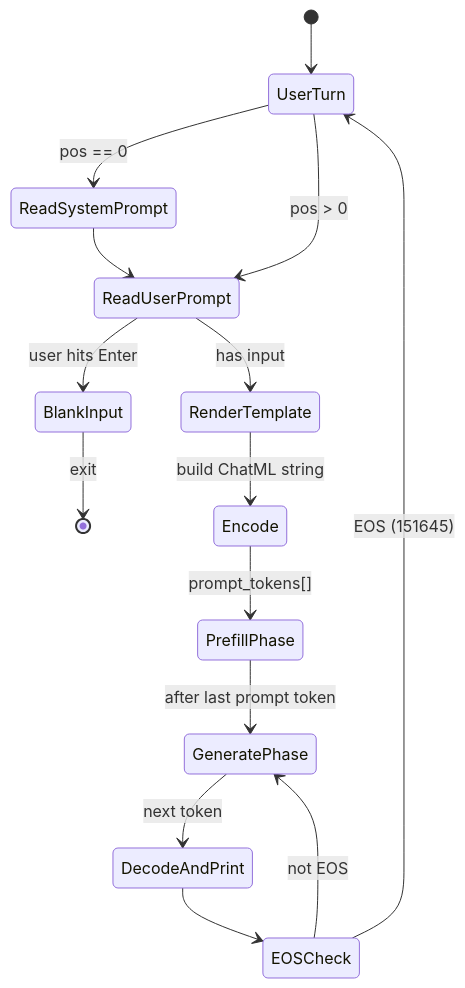
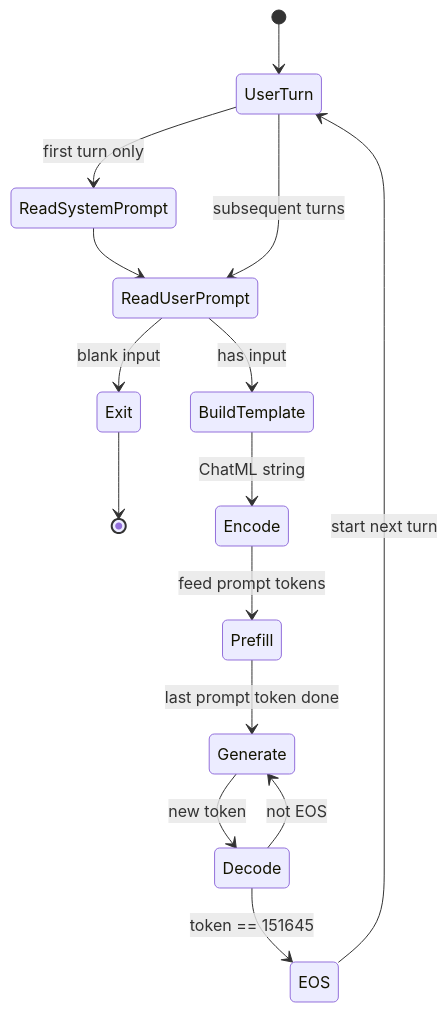
The ninth of 11 diagrams in repos/blog/qwen3.c.md (thefirehacker/QWEN3-RunLocally), drawn with Mermaid before and after one commit. The commit also changed other lines of this file and 1 other file, not shown here.

````diff
--- a/repos/blog/qwen3.c.md
+++ b/repos/blog/qwen3.c.md
@@ -470,17 +837,17 @@
 ```{mermaid}
 stateDiagram-v2
     [*] --> UserTurn
-    UserTurn --> ReadSystemPrompt : pos == 0
+    UserTurn --> ReadSystemPrompt : first turn only
     ReadSystemPrompt --> ReadUserPrompt
-    UserTurn --> ReadUserPrompt : pos > 0
-    ReadUserPrompt --> BlankInput : user hits Enter
-    BlankInput --> [*] : exit
-    ReadUserPrompt --> RenderTemplate : has input
-    RenderTemplate --> Encode : build ChatML string
-    Encode --> PrefillPhase : prompt_tokens[]
-    PrefillPhase --> GeneratePhase : after last prompt token
-    GeneratePhase --> DecodeAndPrint : next token
-    DecodeAndPrint --> EOSCheck
-    EOSCheck --> GeneratePhase : not EOS
-    EOSCheck --> UserTurn : EOS (151645)
+    UserTurn --> ReadUserPrompt : subsequent turns
+    ReadUserPrompt --> Exit : blank input
+    Exit --> [*]
+    ReadUserPrompt --> BuildTemplate : has input
+    BuildTemplate --> Encode : ChatML string
+    Encode --> Prefill : feed prompt tokens
+    Prefill --> Generate : last prompt token done
+    Generate --> Decode : new token
+    Decode --> EOS : token == 151645
+    EOS --> UserTurn : start next turn
+    Decode --> Generate : not EOS
 ```
````
